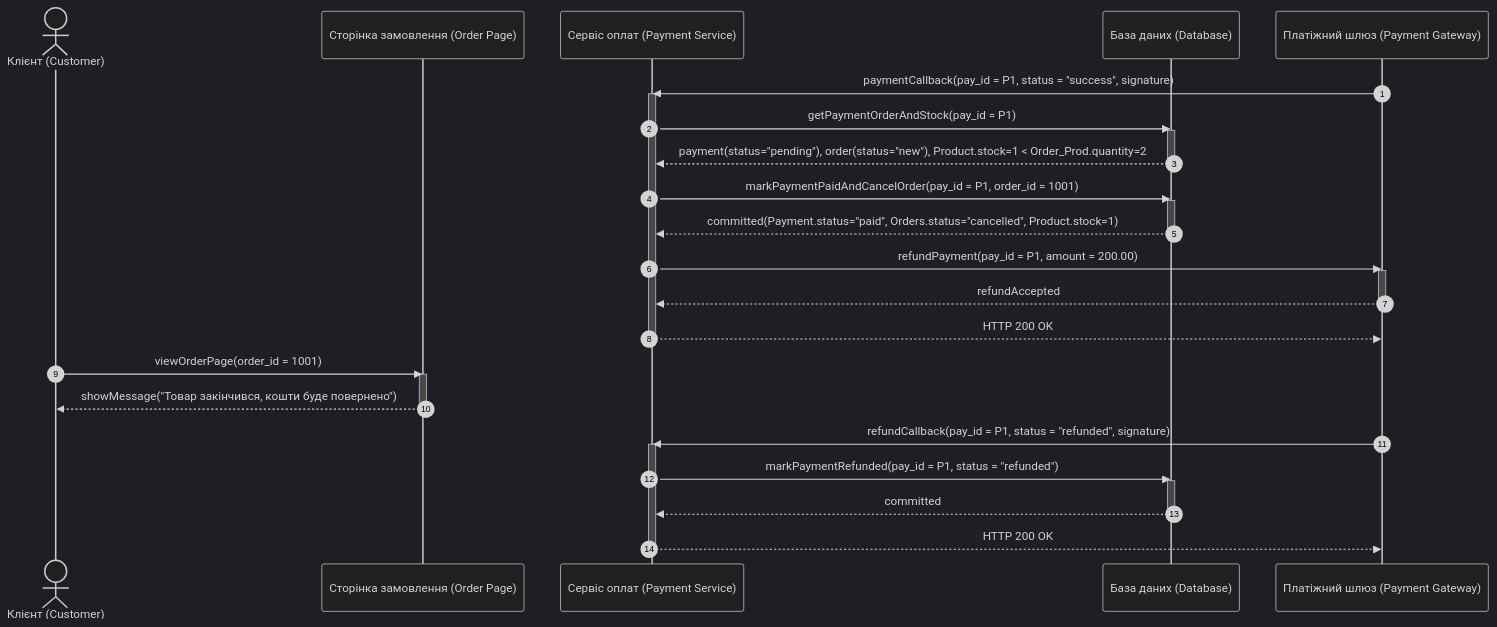
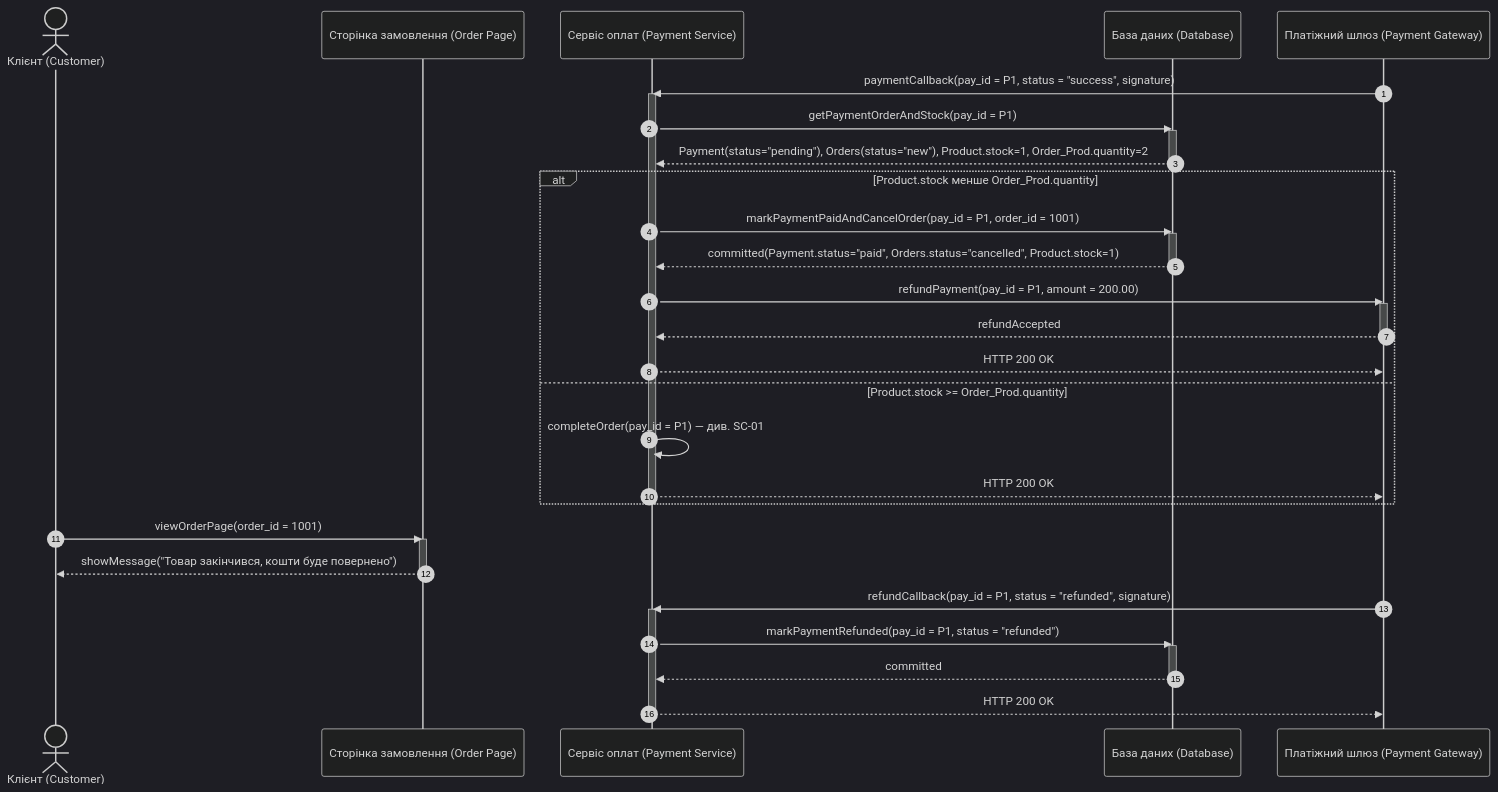
Before and after one commit to hutnichs/KPI_MAVPZ: diagram 15 of 15 in Lab3/diagram.md, drawn with Mermaid (dark theme). The commit also changed other lines of this file, not shown here.

Commit message:
Refactor payment flow and update details

````diff
--- a/Lab3/diagram.md
+++ b/Lab3/diagram.md
@@ -457,40 +518,45 @@
 ```mermaid
 sequenceDiagram
     autonumber
     actor Customer as Клієнт (Customer)
     participant Page as Сторінка замовлення (Order Page)
     participant PS as Сервіс оплат (Payment Service)
     participant DB as База даних (Database)
     participant PGW as Платіжний шлюз (Payment Gateway)
 
     PGW->>PS: paymentCallback(pay_id = P1, status = "success", signature)
     activate PS
     PS->>DB: getPaymentOrderAndStock(pay_id = P1)
     activate DB
-    DB-->>PS: payment(status="pending"), order(status="new"), Product.stock=1 < Order_Prod.quantity=2
+    DB-->>PS: Payment(status="pending"), Orders(status="new"), Product.stock=1, Order_Prod.quantity=2
     deactivate DB
-    PS->>DB: markPaymentPaidAndCancelOrder(pay_id = P1, order_id = 1001)
-    activate DB
-    DB-->>PS: committed(Payment.status="paid", Orders.status="cancelled", Product.stock=1)
-    deactivate DB
-    PS->>PGW: refundPayment(pay_id = P1, amount = 200.00)
-    activate PGW
-    PGW-->>PS: refundAccepted
-    deactivate PGW
-    PS-->>PGW: HTTP 200 OK
+    alt Product.stock менше Order_Prod.quantity
+        PS->>DB: markPaymentPaidAndCancelOrder(pay_id = P1, order_id = 1001)
+        activate DB
+        DB-->>PS: committed(Payment.status="paid", Orders.status="cancelled", Product.stock=1)
+        deactivate DB
+        PS->>PGW: refundPayment(pay_id = P1, amount = 200.00)
+        activate PGW
+        PGW-->>PS: refundAccepted
+        deactivate PGW
+        PS-->>PGW: HTTP 200 OK
+    else Product.stock >= Order_Prod.quantity
+        PS->>PS: completeOrder(pay_id = P1) — див. SC-01
+        PS-->>PGW: HTTP 200 OK
+    end
     deactivate PS
 
     Customer->>Page: viewOrderPage(order_id = 1001)
     activate Page
     Page-->>Customer: showMessage("Товар закінчився, кошти буде повернено")
     deactivate Page
 
     PGW->>PS: refundCallback(pay_id = P1, status = "refunded", signature)
     activate PS
     PS->>DB: markPaymentRefunded(pay_id = P1, status = "refunded")
     activate DB
     DB-->>PS: committed
     deactivate DB
     PS-->>PGW: HTTP 200 OK
     deactivate PS
 ```
````
